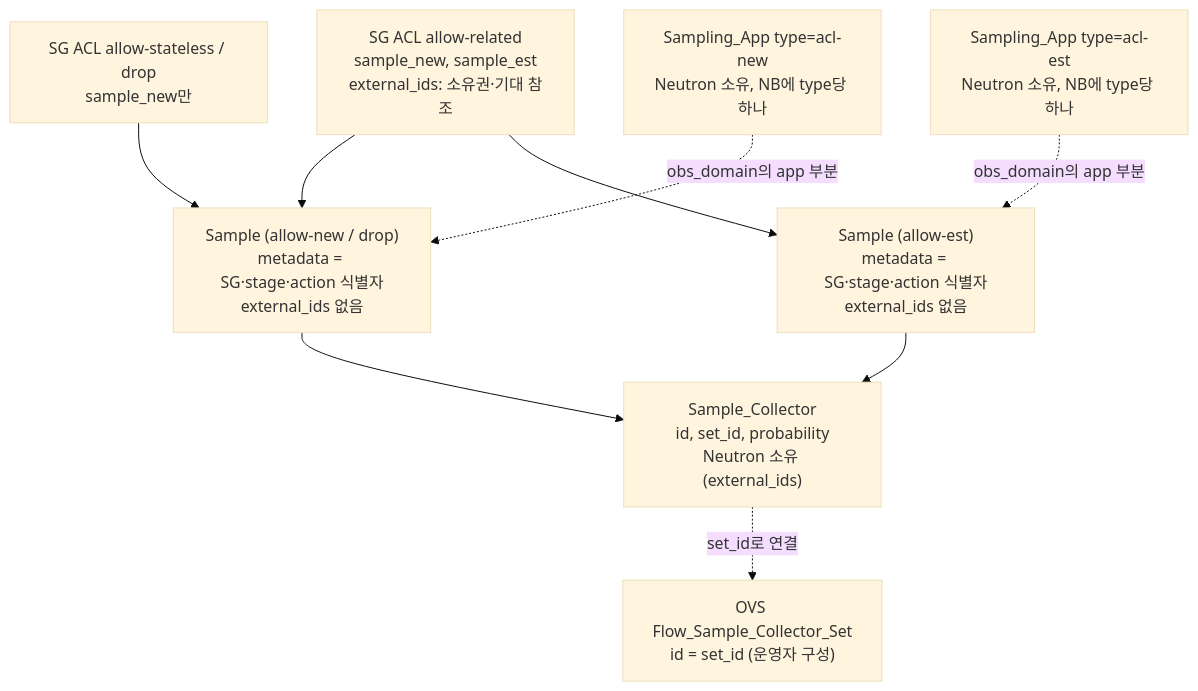
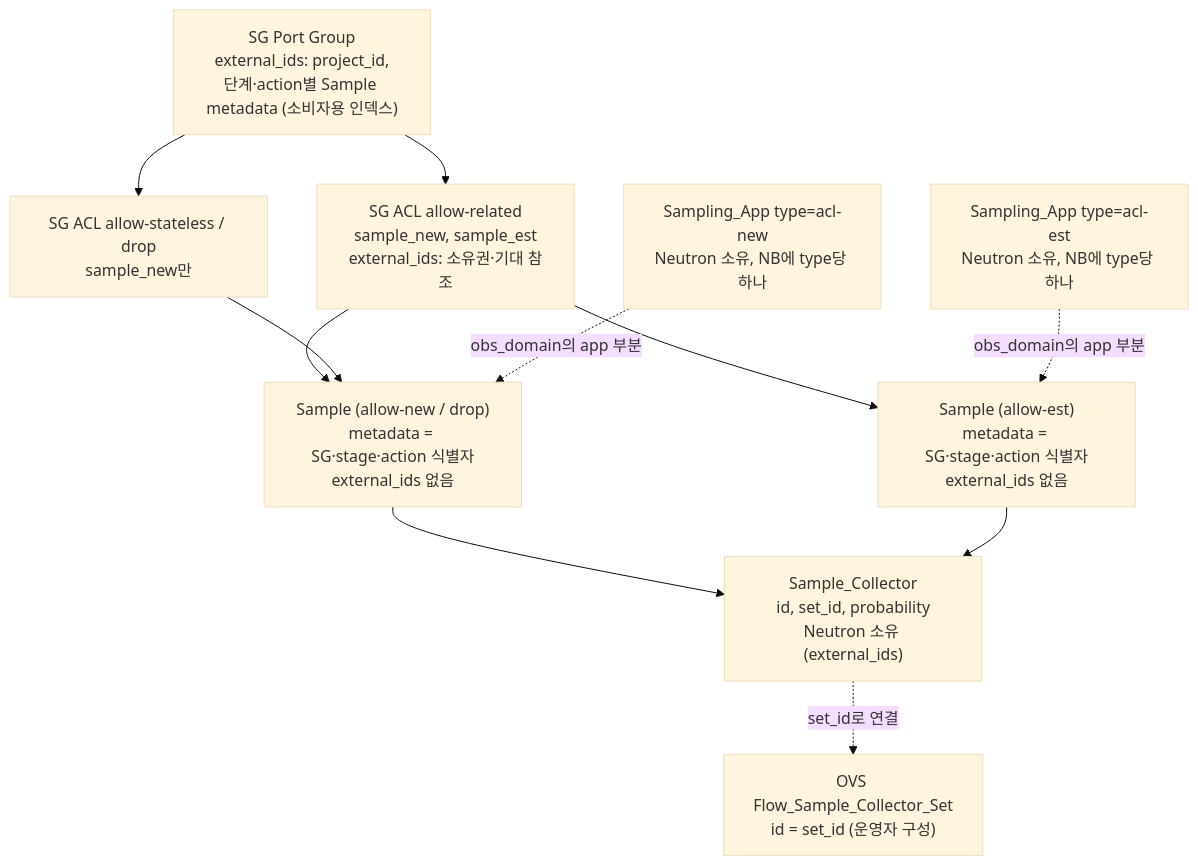
The second of 6 diagrams in translations/ko/ovn-acl-flow-sampling.md (ycy1766/neutron-specs), drawn with Mermaid (base theme) before and after one commit. The commit also changed other lines of this file and 1 other file, not shown here.

First line of the commit message:
WIP: record project ID and Sample metadata on the SG Port Group

````diff
--- a/translations/ko/ovn-acl-flow-sampling.md
+++ b/translations/ko/ovn-acl-flow-sampling.md
@@ -226,19 +235,22 @@
 ```mermaid
 flowchart TB
     APPN["Sampling_App type=acl-new<br/>Neutron 소유, NB에 type당 하나"]
     APPE["Sampling_App type=acl-est<br/>Neutron 소유, NB에 type당 하나"]
     SC["Sample_Collector<br/>id, set_id, probability<br/>Neutron 소유 (external_ids)"]
     SN["Sample (allow-new / drop)<br/>metadata = SG·stage·action 식별자<br/>external_ids 없음"]
     SE["Sample (allow-est)<br/>metadata = SG·stage·action 식별자<br/>external_ids 없음"]
     ACL1["SG ACL allow-related<br/>sample_new, sample_est<br/>external_ids: 소유권·기대 참조"]
     ACL2["SG ACL allow-stateless / drop<br/>sample_new만"]
+    PG["SG Port Group<br/>external_ids: project_id,<br/>단계·action별 Sample metadata (소비자용 인덱스)"]
     FSCS["OVS Flow_Sample_Collector_Set<br/>id = set_id (운영자 구성)"]
+    PG --> ACL1
+    PG --> ACL2
     ACL1 --> SN
     ACL1 --> SE
     ACL2 --> SN
     SN --> SC
     SE --> SC
     SC -. "set_id로 연결" .-> FSCS
     APPN -. "obs_domain의 app 부분" .-> SN
     APPE -. "obs_domain의 app 부분" .-> SE
 ```
````
